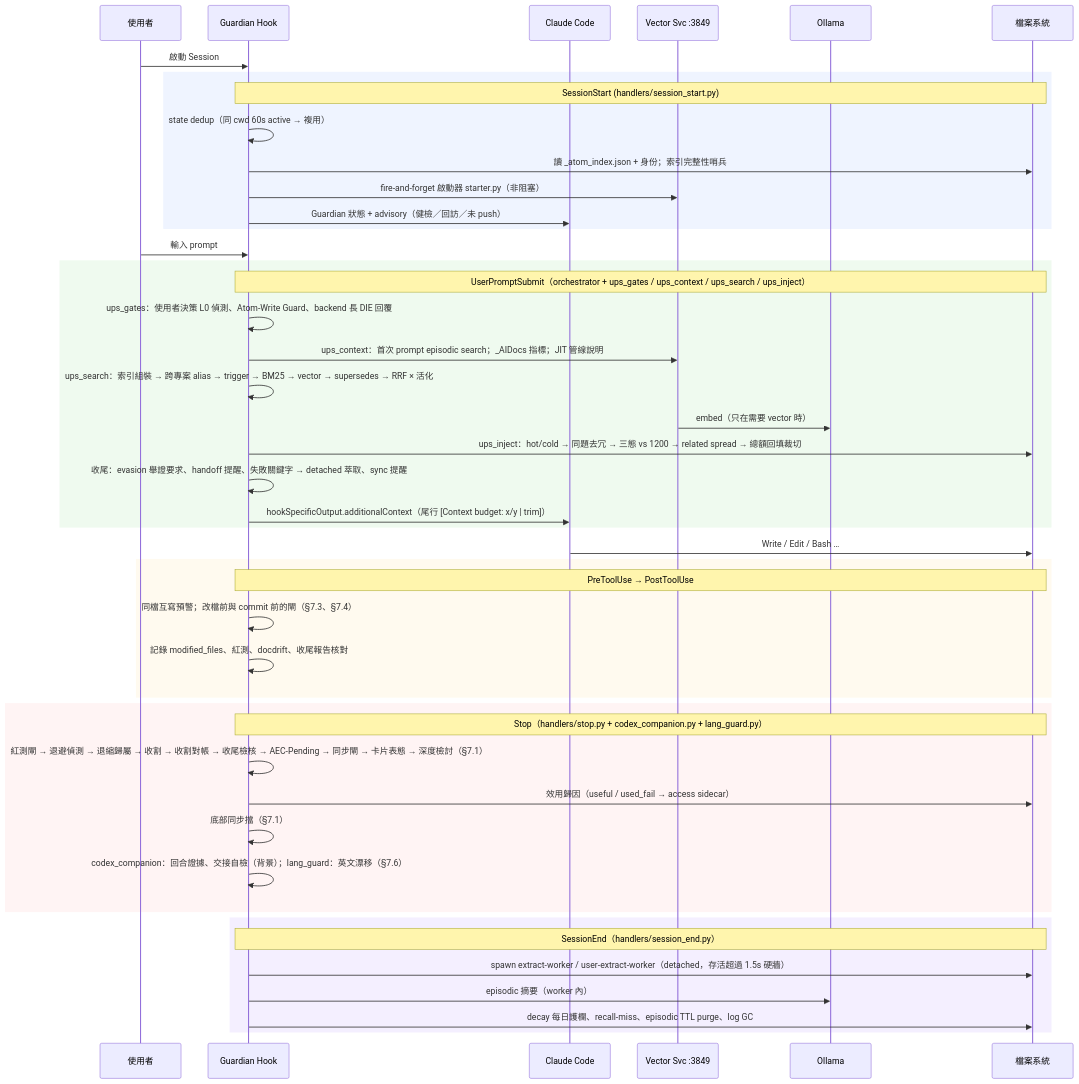
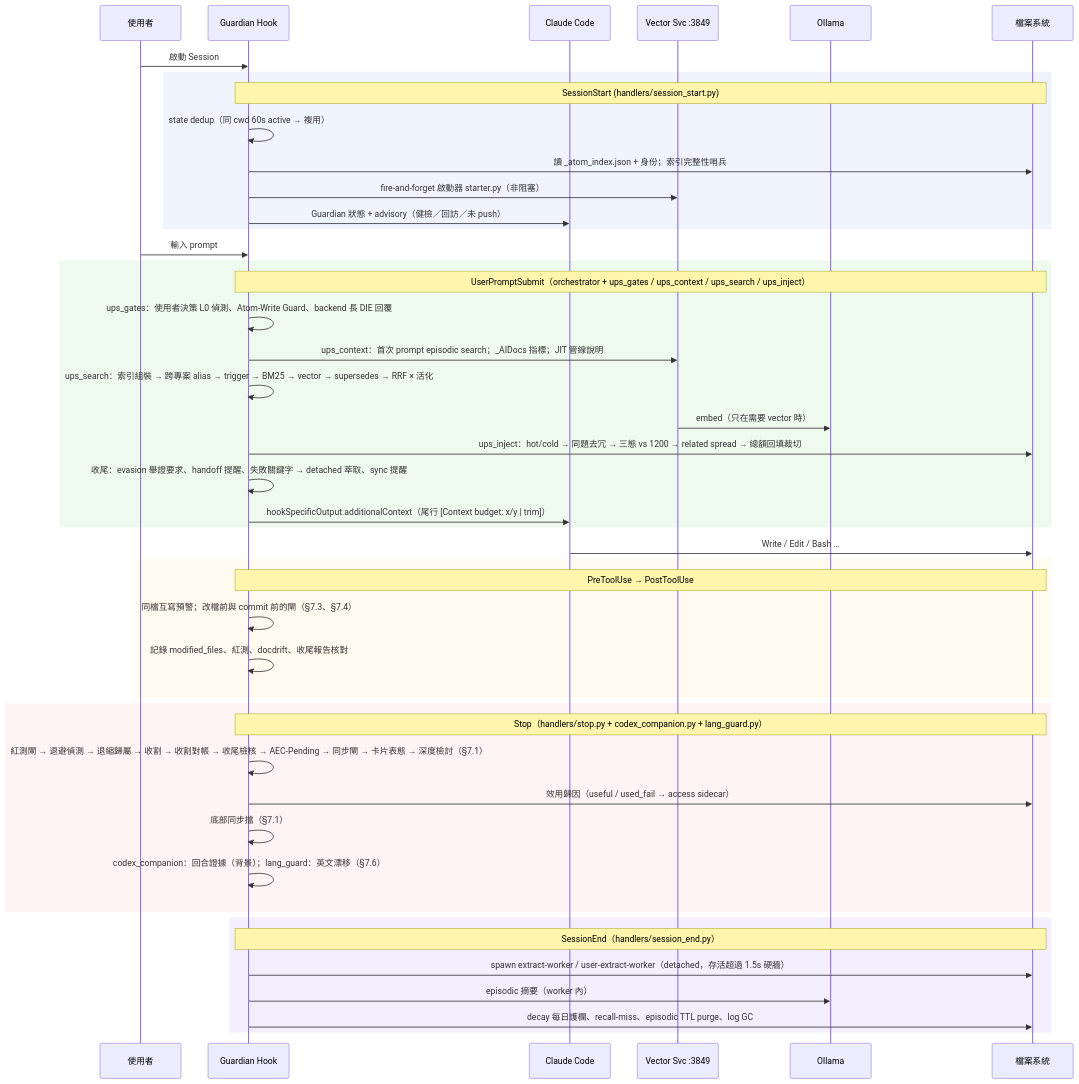
One commit to holylight1979/AtomicMemory-ClaudeCode changed the first of 3 diagrams in TECH.md. Above: the diagram before and after it, drawn with Mermaid. The commit also changed other lines of this file and 4 other files, not shown here.

First line of the commit message:
chore(codex-companion): 關掉交接檔自動審（soft_gate.handoff_review=false），文件改成交接靠 handoff Step 3.5 自審、要第二意見叫 skill codex

````diff
--- a/TECH.md
+++ b/TECH.md
@@ -389,52 +389,52 @@
 ```mermaid
 sequenceDiagram
     participant U as 使用者
     participant G as Guardian Hook
     participant C as Claude Code
     participant V as Vector Svc :3849
     participant O as Ollama
     participant F as 檔案系統
 
     U->>G: 啟動 Session
     rect rgba(100,150,255,0.1)
         note over G,F: SessionStart (handlers/session_start.py)
         G->>G: state dedup（同 cwd 60s active → 複用）
         G->>F: 讀 _atom_index.json + 身份；索引完整性哨兵
         G->>V: fire-and-forget 啟動器 starter.py（非阻塞）
         G->>C: Guardian 狀態 + advisory（健檢／回訪／未 push）
     end
 
     U->>G: 輸入 prompt
     rect rgba(100,200,100,0.1)
         note over G,F: UserPromptSubmit（orchestrator + ups_gates / ups_context / ups_search / ups_inject）
         G->>G: ups_gates：使用者決策 L0 偵測、Atom-Write Guard、backend 長 DIE 回覆
         G->>V: ups_context：首次 prompt episodic search；_AIDocs 指標；JIT 管線說明
         G->>G: ups_search：索引組裝 → 跨專案 alias → trigger → BM25 → vector → supersedes → RRF × 活化
         V->>O: embed（只在需要 vector 時）
         G->>F: ups_inject：hot/cold → 同題去冗 → 三態 vs 1200 → related spread → 總額回填裁切
         G->>G: 收尾：evasion 舉證要求、handoff 提醒、失敗關鍵字 → detached 萃取、sync 提醒
         G->>C: hookSpecificOutput.additionalContext（尾行 [Context budget: x/y | trim]）
     end
 
     C->>F: Write / Edit / Bash …
     rect rgba(255,200,100,0.1)
         note over G,F: PreToolUse → PostToolUse
         G->>G: 同檔互寫預警；改檔前與 commit 前的閘（§7.3、§7.4）
         G->>G: 記錄 modified_files、紅測、docdrift、收尾報告核對
     end
 
     rect rgba(255,150,150,0.1)
         note over G,F: Stop（handlers/stop.py + codex_companion.py + lang_guard.py）
         G->>G: 紅測閘 → 退避偵測 → 退縮歸屬 → 收割 → 收割對帳 → 收尾檢核 → AEC-Pending → 同步閘 → 卡片表態 → 深度檢討（§7.1）
         G->>F: 效用歸因（useful / used_fail → access sidecar）
         G->>G: 底部同步擋（§7.1）
-        G->>G: codex_companion：回合證據、交接自檢（背景）；lang_guard：英文漂移（§7.6）
+        G->>G: codex_companion：回合證據（背景）；lang_guard：英文漂移（§7.6）
     end
 
     rect rgba(150,100,255,0.1)
         note over G,F: SessionEnd（handlers/session_end.py）
         G->>F: spawn extract-worker / user-extract-worker（detached，存活超過 1.5s 硬牆）
         G->>O: episodic 摘要（worker 內）
         G->>F: decay 每日護欄、recall-miss、episodic TTL purge、log GC
     end
 ```
````
